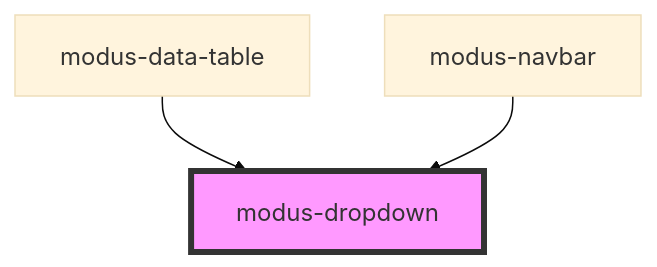
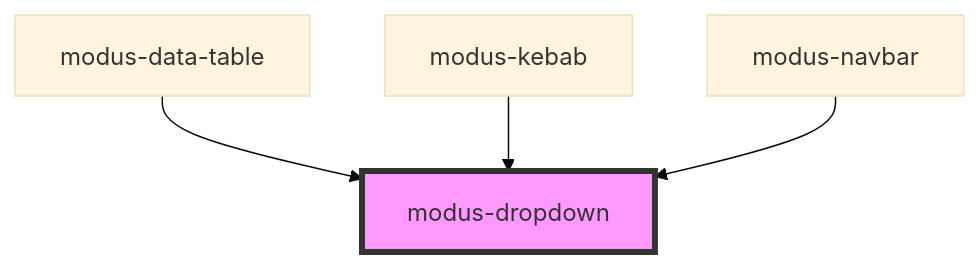
The diagram in stencil-workspace/src/components/modus-dropdown/readme.md (trimble-oss/modus-web-components), drawn with Mermaid (base theme) before and after one commit. The commit also changed other lines of this file and 14 other files, not shown here.

````diff
--- a/stencil-workspace/src/components/modus-dropdown/readme.md
+++ b/stencil-workspace/src/components/modus-dropdown/readme.md
@@ -35,6 +36,7 @@
 ```mermaid
 graph TD;
   modus-data-table --> modus-dropdown
+  modus-kebab --> modus-dropdown
   modus-navbar --> modus-dropdown
   style modus-dropdown fill:#f9f,stroke:#333,stroke-width:4px
 ```
````
